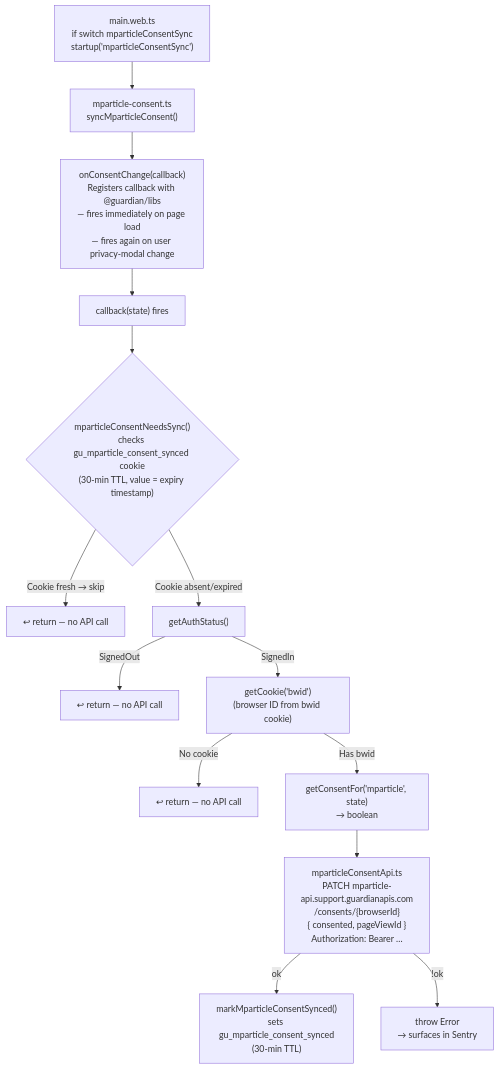
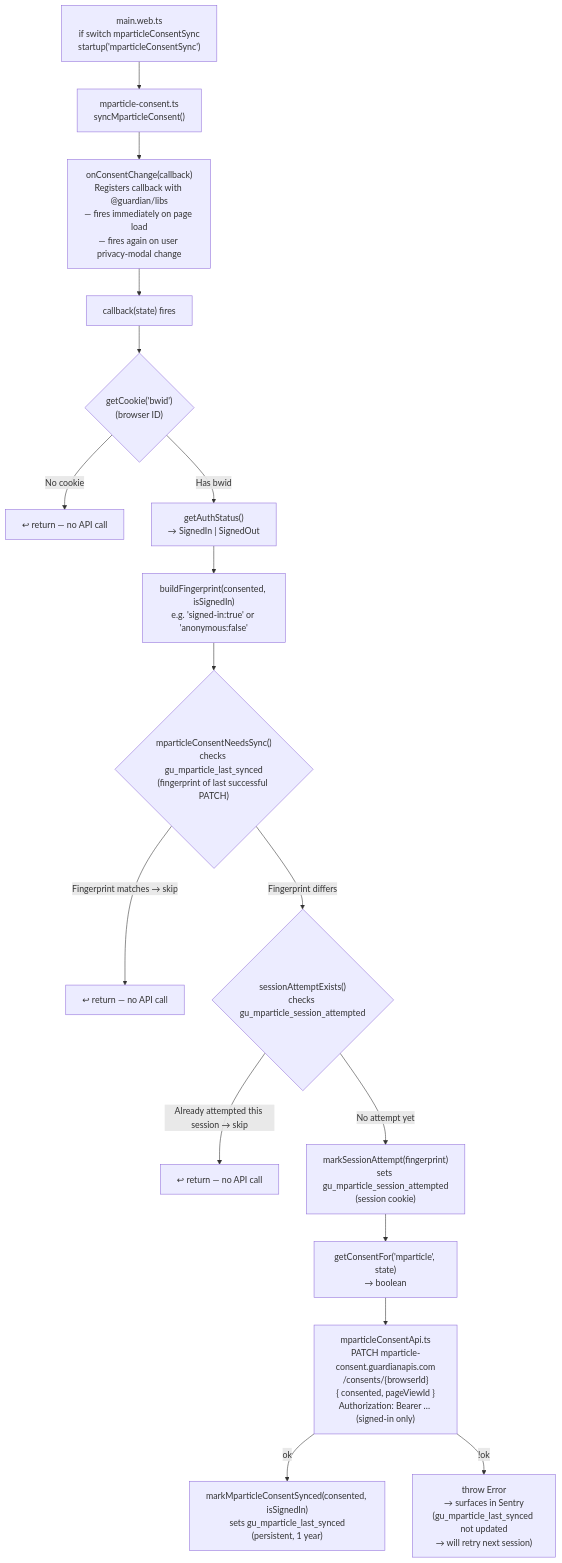
The fourth of 6 diagrams in dotcom-rendering/docs/mparticle-paid-media-integration.md (guardian/dotcom-rendering), drawn with Mermaid before and after one commit. The commit also changed other lines of this file and 1 other file, not shown here.

Commit message:
Update mParticle work tracking documentation: reflect changes in consent handling and API endpoint updates

````diff
--- a/dotcom-rendering/docs/mparticle-paid-media-integration.md
+++ b/dotcom-rendering/docs/mparticle-paid-media-integration.md
@@ -95,23 +95,28 @@
 ```mermaid
 flowchart TD
     MW["main.web.ts\nif switch mparticleConsentSync\nstartup('mparticleConsentSync')"] --> SYNC["mparticle-consent.ts\nsyncMparticleConsent()"]
 
     SYNC --> REG["onConsentChange(callback)\nRegisters callback with @guardian/libs\n— fires immediately on page load\n— fires again on user privacy-modal change"]
 
     REG --> CB["callback(state) fires"]
 
-    CB --> STALE{"mparticleConsentNeedsSync()\nchecks gu_mparticle_consent_synced cookie\n(30-min TTL, value = expiry timestamp)"}
-    STALE -- "Cookie fresh → skip" --> NOOP["↩ return — no API call"]
-    STALE -- "Cookie absent/expired" --> AUTHCHECK["getAuthStatus()"]
+    CB --> BWID{"getCookie('bwid')\n(browser ID)"}
+    BWID -- "No cookie" --> NOOP["↩ return — no API call"]
+    BWID -- "Has bwid" --> AUTH["getAuthStatus()\n→ SignedIn | SignedOut"]
 
-    AUTHCHECK -- "SignedOut" --> NOOP2["↩ return — no API call"]
-    AUTHCHECK -- "SignedIn" --> BWID["getCookie('bwid')\n(browser ID from bwid cookie)"]
+    AUTH --> FP["buildFingerprint(consented, isSignedIn)\ne.g. 'signed-in:true' or 'anonymous:false'"]
 
-    BWID -- "No cookie" --> NOOP3["↩ return — no API call"]
-    BWID -- "Has bwid" --> CONSENT["getConsentFor('mparticle', state)\n→ boolean"]
+    FP --> STALE{"mparticleConsentNeedsSync()\nchecks gu_mparticle_last_synced\n(fingerprint of last successful PATCH)"}
+    STALE -- "Fingerprint matches → skip" --> NOOP2["↩ return — no API call"]
+    STALE -- "Fingerprint differs" --> SESSION{"sessionAttemptExists()\nchecks gu_mparticle_session_attempted"}
 
-    CONSENT --> API["mparticleConsentApi.ts\nPATCH mparticle-api.support.guardianapis.com\n/consents/{browserId}\n{ consented, pageViewId }\nAuthorization: Bearer …"]
+    SESSION -- "Already attempted this session → skip" --> NOOP3["↩ return — no API call"]
+    SESSION -- "No attempt yet" --> MARK_ATTEMPT["markSessionAttempt(fingerprint)\nsets gu_mparticle_session_attempted\n(session cookie)"]
 
-    API -- "ok" --> MARK["markMparticleConsentSynced()\nsets gu_mparticle_consent_synced\n(30-min TTL)"]
-    API -- "!ok" --> ERR["throw Error\n→ surfaces in Sentry"]
+    MARK_ATTEMPT --> CONSENT["getConsentFor('mparticle', state)\n→ boolean"]
+
+    CONSENT --> API["mparticleConsentApi.ts\nPATCH mparticle-consent.guardianapis.com\n/consents/{browserId}\n{ consented, pageViewId }\nAuthorization: Bearer … (signed-in only)"]
+
+    API -- "ok" --> MARK["markMparticleConsentSynced(consented, isSignedIn)\nsets gu_mparticle_last_synced\n(persistent, 1 year)"]
+    API -- "!ok" --> ERR["throw Error\n→ surfaces in Sentry\n(gu_mparticle_last_synced not updated\n→ will retry next session)"]
 ```
````
